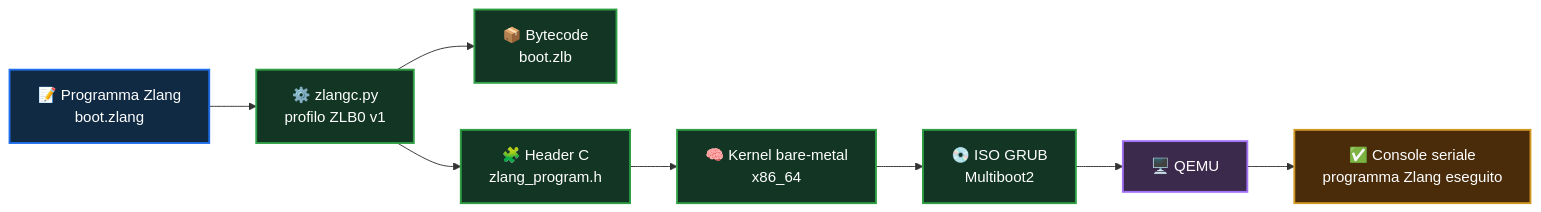
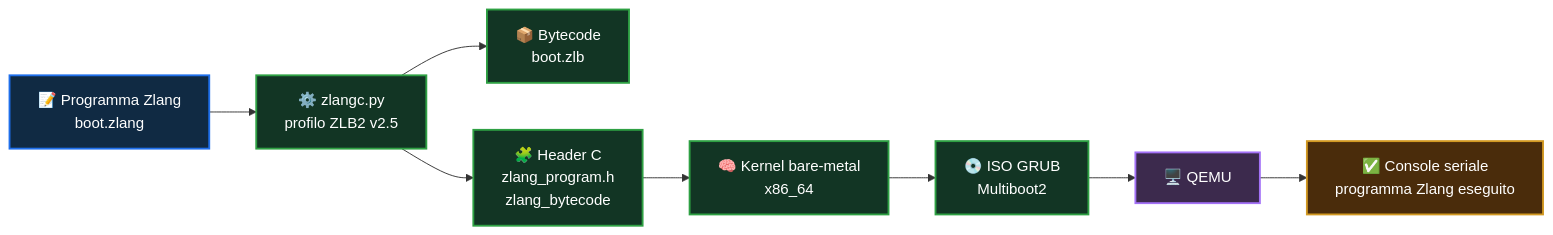
The diagram in os/x86_64/assets/zdos-zlang-pipeline.mmd (high-cde/ZDOS), drawn with Mermaid before and after one commit. The commit also changed 15 other files, not shown here.

Commit message:
fix: restore ZLB2 boot and harden ecosystem checks

```diff
--- a/os/x86_64/assets/zdos-zlang-pipeline.mmd
+++ b/os/x86_64/assets/zdos-zlang-pipeline.mmd
@@ -1,18 +1,18 @@
 flowchart LR
-    A[📝 Programma Zlang<br/>boot.zlang] --> B[⚙️ zlangc.py<br/>profilo ZLB0 v1]
+    A[📝 Programma Zlang<br/>boot.zlang] --> B[⚙️ zlangc.py<br/>profilo ZLB2 v2.5]
     B --> C[📦 Bytecode<br/>boot.zlb]
-    B --> D[🧩 Header C<br/>zlang_program.h]
+    B --> D[🧩 Header C<br/>zlang_program.h<br/>zlang_bytecode]
     D --> E[🧠 Kernel bare-metal<br/>x86_64]
     E --> F[💿 ISO GRUB<br/>Multiboot2]
     F --> G[🖥️ QEMU]
     G --> H[✅ Console seriale<br/>programma Zlang eseguito]
 
     classDef source fill:#102a43,color:#ffffff,stroke:#1f6feb,stroke-width:2px;
     classDef build fill:#123524,color:#ffffff,stroke:#2ea043,stroke-width:2px;
     classDef runtime fill:#3c2a4d,color:#ffffff,stroke:#a371f7,stroke-width:2px;
     classDef verify fill:#4a2c0b,color:#ffffff,stroke:#d29922,stroke-width:2px;
 
     class A source;
     class B,C,D,E,F build;
     class G runtime;
     class H verify;
```
